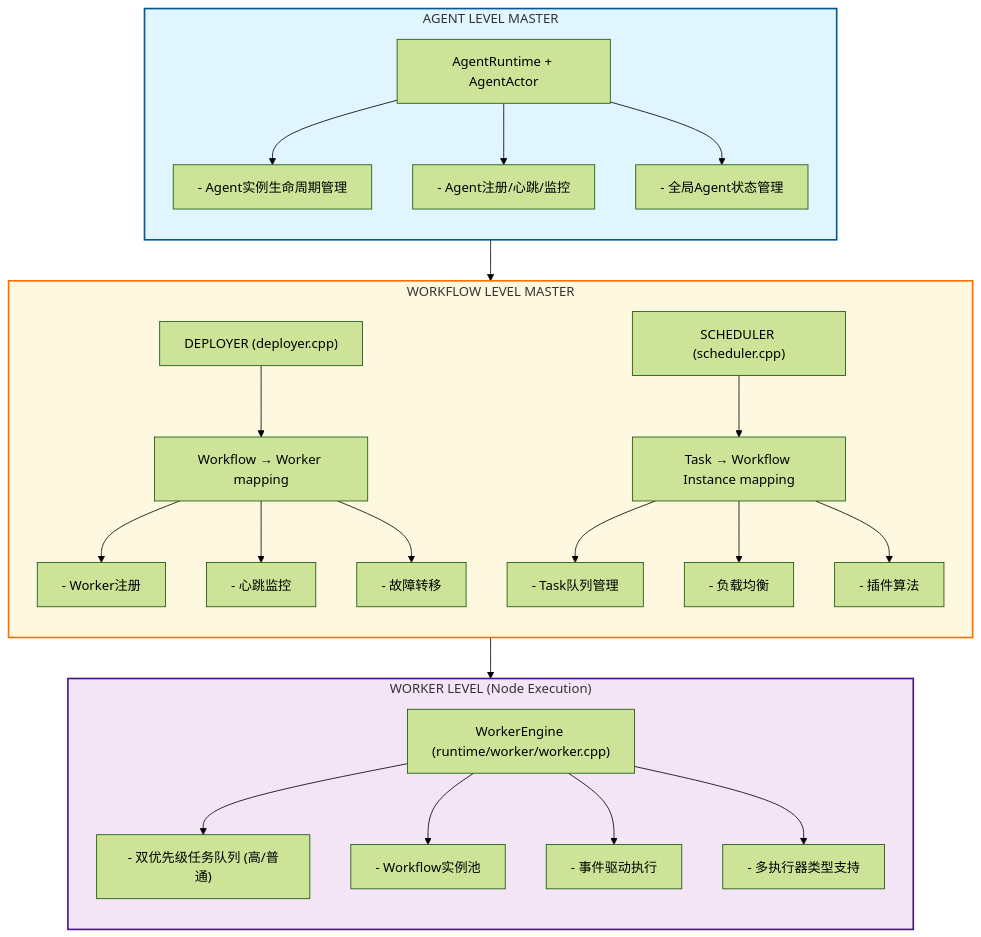
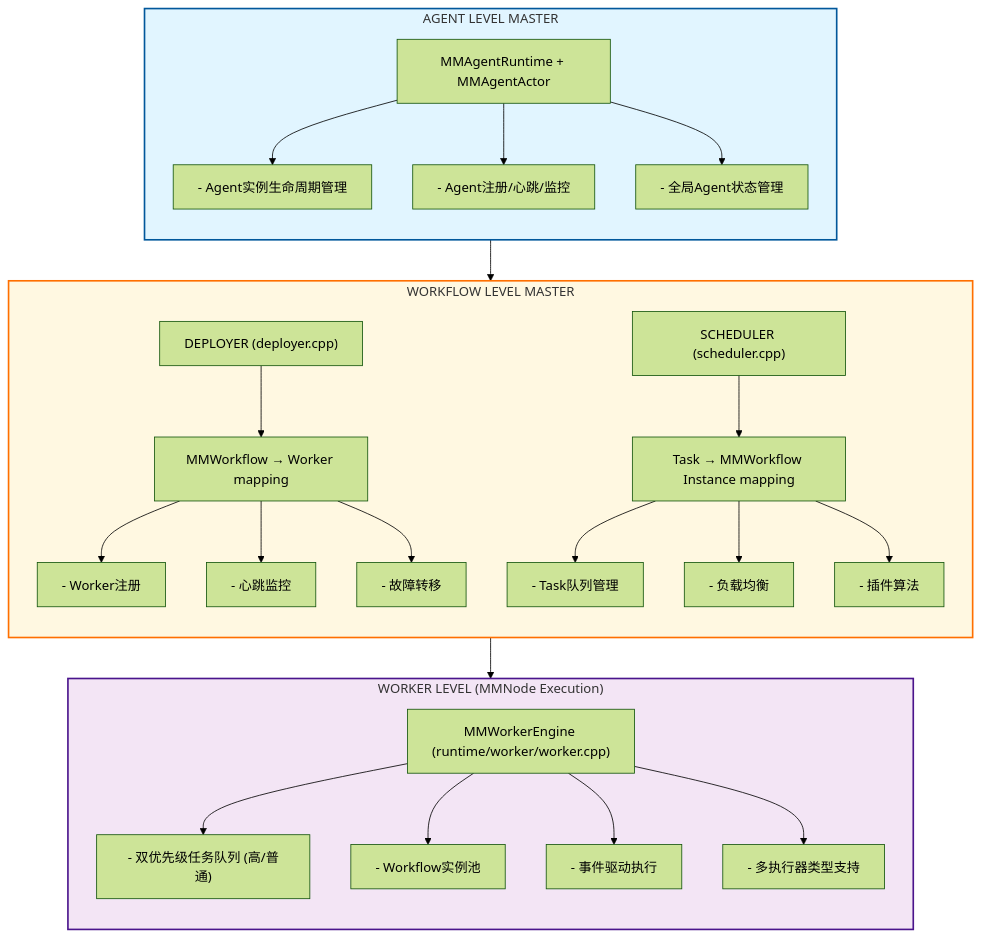
One commit to xyz11274/agentf changed the first of 11 diagrams in docs/scheduling.md. Above: the diagram before and after it, drawn with Mermaid (forest theme). The commit also changed other lines of this file and 106 other files, not shown here.

````diff
--- a/docs/scheduling.md
+++ b/docs/scheduling.md
@@ -203,57 +203,57 @@
 ```mermaid
 flowchart TB
     subgraph AgentLevel["AGENT LEVEL MASTER"]
         direction TB
-        AR["AgentRuntime + AgentActor"]
+        AR["MMAgentRuntime + MMAgentActor"]
         ARD1["- Agent实例生命周期管理"]
         ARD2["- Agent注册/心跳/监控"]
         ARD3["- 全局Agent状态管理"]
         AR --> ARD1
         AR --> ARD2
         AR --> ARD3
     end
 
     AgentLevel --> WorkflowLevel
 
     subgraph WorkflowLevel["WORKFLOW LEVEL MASTER"]
         direction TB
         Deployer["DEPLOYER (deployer.cpp)"]
-        DeployerDesc1["Workflow → Worker mapping"]
+        DeployerDesc1["MMWorkflow → Worker mapping"]
         DeployerDesc2["- Worker注册"]
         DeployerDesc3["- 心跳监控"]
         DeployerDesc4["- 故障转移"]
         Deployer --> DeployerDesc1
         DeployerDesc1 --> DeployerDesc2
         DeployerDesc1 --> DeployerDesc3
         DeployerDesc1 --> DeployerDesc4
 
         Scheduler["SCHEDULER (scheduler.cpp)"]
-        SchedulerDesc1["Task → Workflow Instance mapping"]
+        SchedulerDesc1["Task → MMWorkflow Instance mapping"]
         SchedulerDesc2["- Task队列管理"]
         SchedulerDesc3["- 负载均衡"]
         SchedulerDesc4["- 插件算法"]
         Scheduler --> SchedulerDesc1
         SchedulerDesc1 --> SchedulerDesc2
         SchedulerDesc1 --> SchedulerDesc3
         SchedulerDesc1 --> SchedulerDesc4
     end
 
     WorkflowLevel --> WorkerLevel
 
-    subgraph WorkerLevel["WORKER LEVEL (Node Execution)"]
+    subgraph WorkerLevel["WORKER LEVEL (MMNode Execution)"]
         direction TB
-        WE["WorkerEngine (runtime/worker/worker.cpp)"]
+        WE["MMWorkerEngine (runtime/worker/worker.cpp)"]
         WEDesc1["- 双优先级任务队列 (高/普通)"]
         WEDesc2["- Workflow实例池"]
         WEDesc3["- 事件驱动执行"]
         WEDesc4["- 多执行器类型支持"]
         WE --> WEDesc1
         WE --> WEDesc2
         WE --> WEDesc3
         WE --> WEDesc4
     end
 
     style AgentLevel fill:#e1f5ff,stroke:#01579b,stroke-width:2px
     style WorkflowLevel fill:#fff8e1,stroke:#ff6f00,stroke-width:2px
     style WorkerLevel fill:#f3e5f5,stroke:#4a148c,stroke-width:2px
 ```
````
